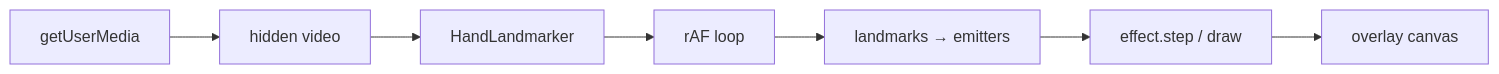
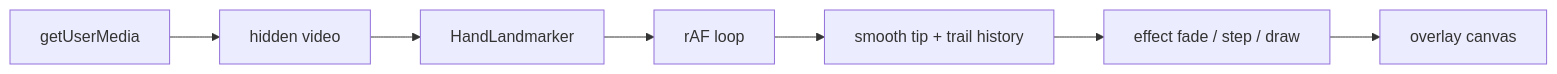
One commit to Koda-Pig/hand-wavy-wavy changed the third of 3 diagrams in docs/visuals-reference.md. Above: the diagram before and after it, drawn with Mermaid. The commit also changed other lines of this file, not shown here.

````diff
--- a/docs/visuals-reference.md
+++ b/docs/visuals-reference.md
@@ -157,9 +294,9 @@
 ```mermaid
 flowchart LR
   CAM[getUserMedia] --> VID[hidden video]
   VID --> MP[HandLandmarker]
   MP --> LOOP[rAF loop]
-  LOOP --> MAP[landmarks → emitters]
-  MAP --> FX[effect.step / draw]
+  LOOP --> TIP[smooth tip + trail history]
+  TIP --> FX[effect fade / step / draw]
   FX --> CAN[overlay canvas]
 ```
````
